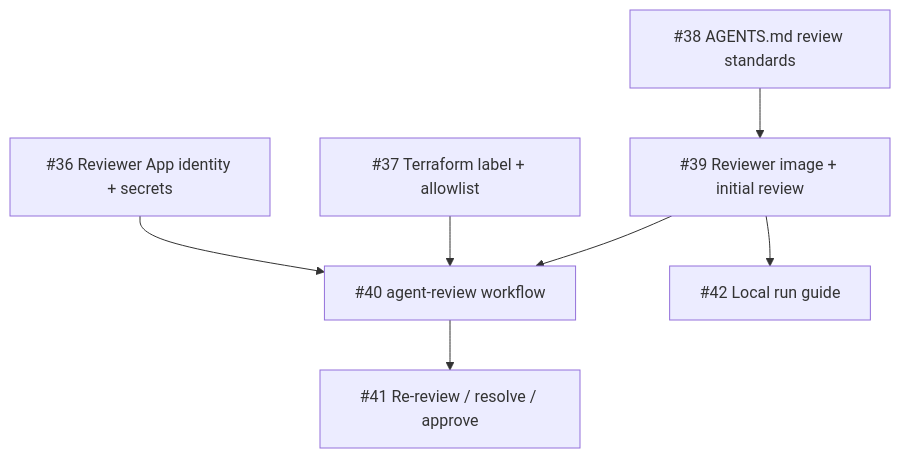
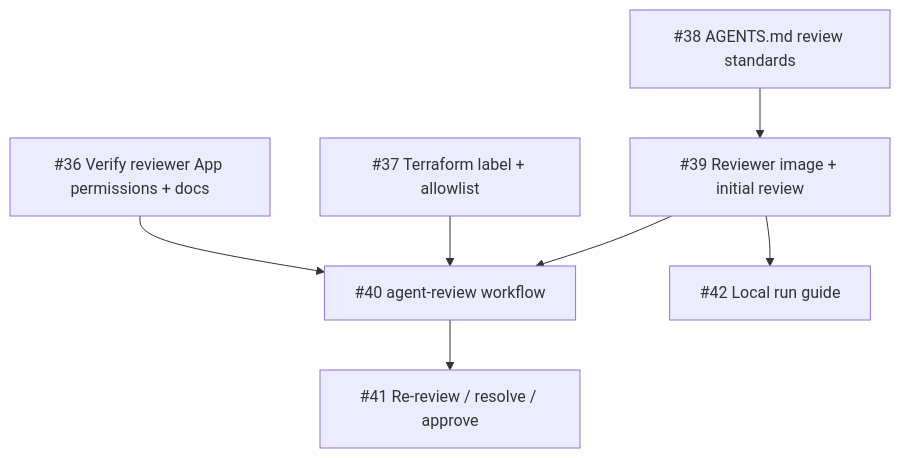
The diagram in docs/design/code-review-agent.md (mfrancza/agentic-development-workflow), drawn with Mermaid before and after one commit. The commit also changed other lines of this file, not shown here.

````diff
--- a/docs/design/code-review-agent.md
+++ b/docs/design/code-review-agent.md
@@ -171,16 +171,16 @@
 ```mermaid
 graph TD
-  T36[#36 Reviewer App identity + secrets]
+  T36[#36 Verify reviewer App permissions + docs]
   T37[#37 Terraform label + allowlist]
   T38[#38 AGENTS.md review standards]
   T39[#39 Reviewer image + initial review]
   T40[#40 agent-review workflow]
   T41[#41 Re-review / resolve / approve]
   T42[#42 Local run guide]
   T38 --> T39
   T36 --> T40
   T37 --> T40
   T39 --> T40
   T40 --> T41
   T39 --> T42
 ```
````
